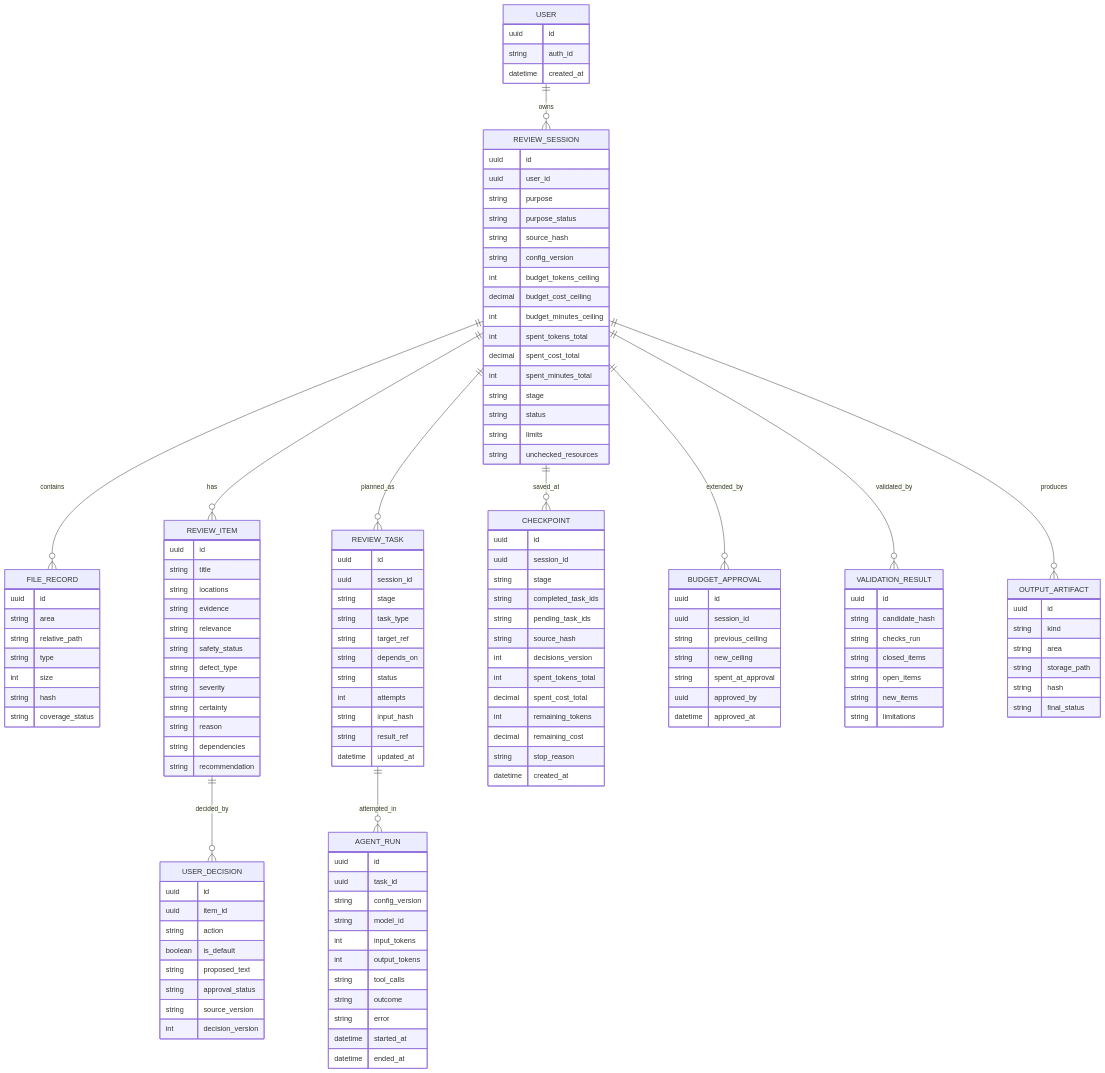
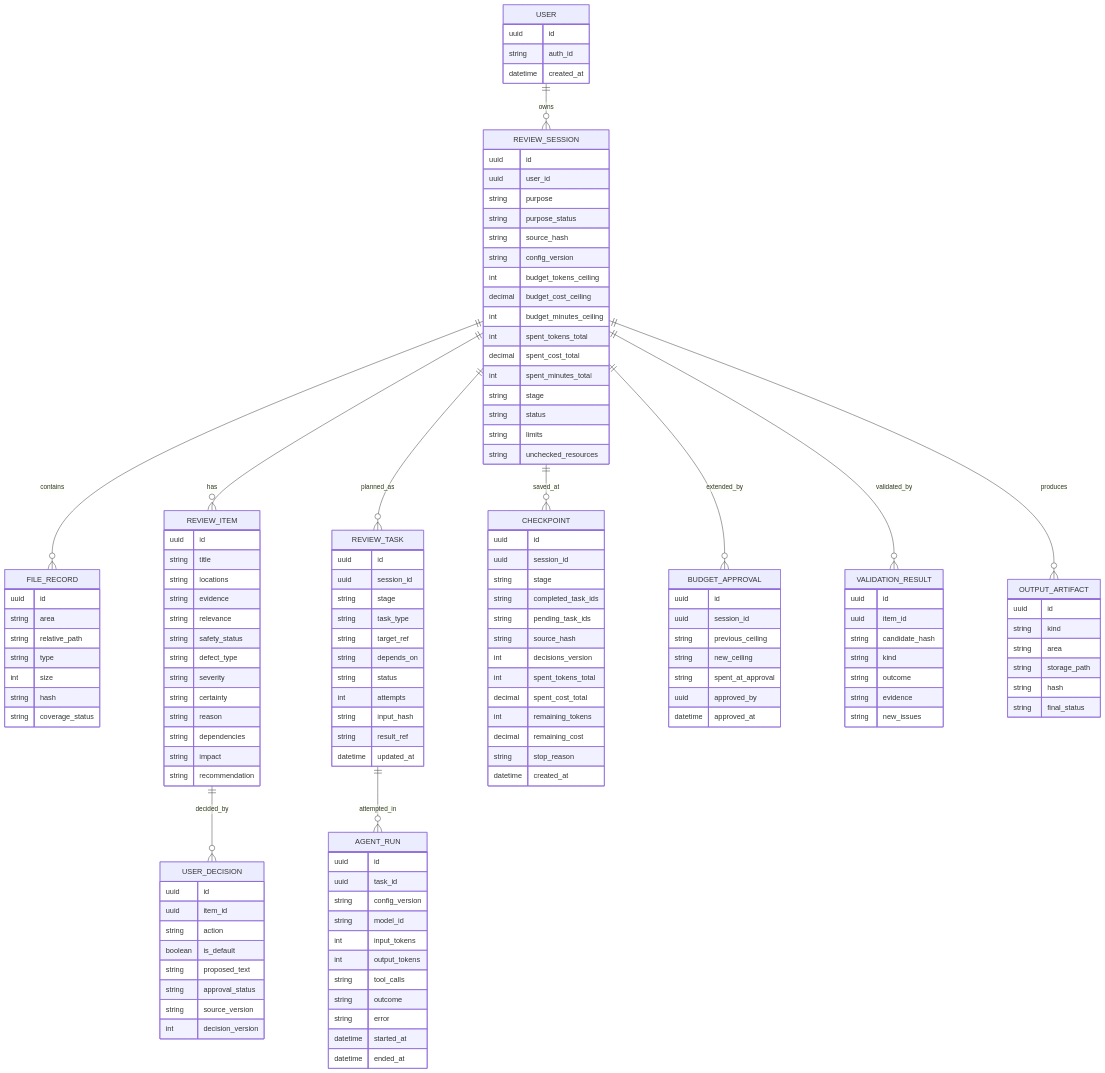
Before and after one commit to roee-aido/Skill-Validator: the third of 5 diagrams in Architecture.md, drawn with Mermaid. The commit also changed other lines of this file and 7 other files, not shown here.

```diff
--- a/Architecture.md
+++ b/Architecture.md
@@ -422,6 +424,7 @@
         string certainty
         string reason
         string dependencies
+        string impact
         string recommendation
     }
     USER_DECISION {
@@ -486,12 +489,12 @@
     }
     VALIDATION_RESULT {
         uuid id
+        uuid item_id
         string candidate_hash
-        string checks_run
-        string closed_items
-        string open_items
-        string new_items
-        string limitations
+        string kind
+        string outcome
+        string evidence
+        string new_issues
     }
     OUTPUT_ARTIFACT {
         uuid id
```
